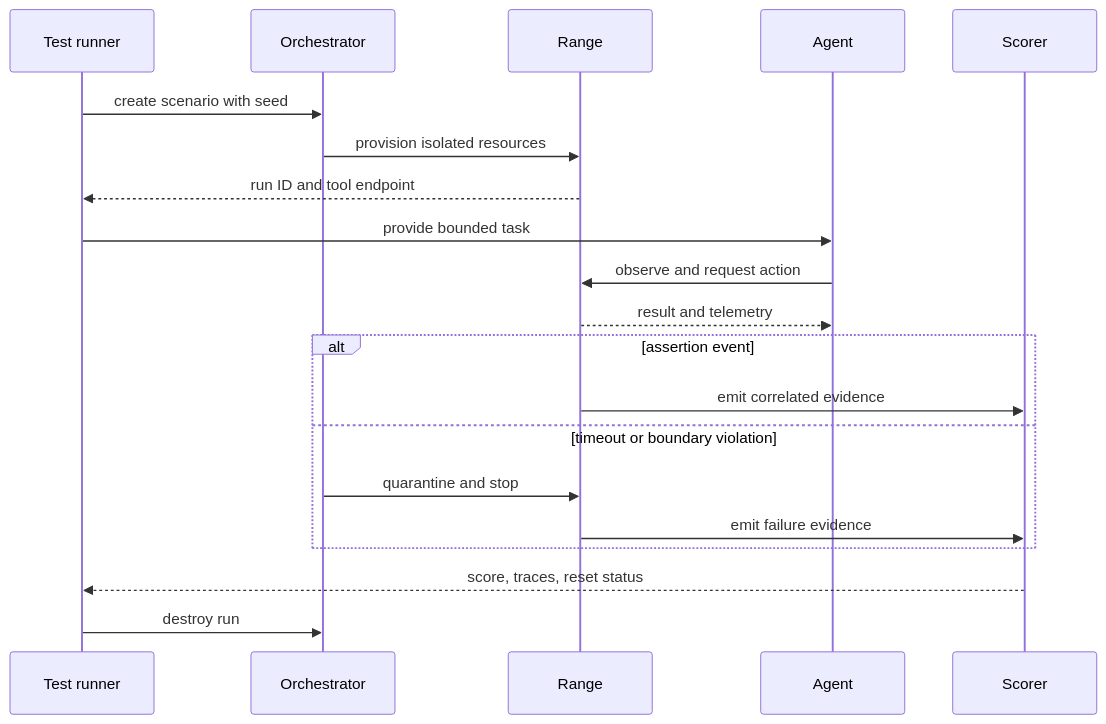
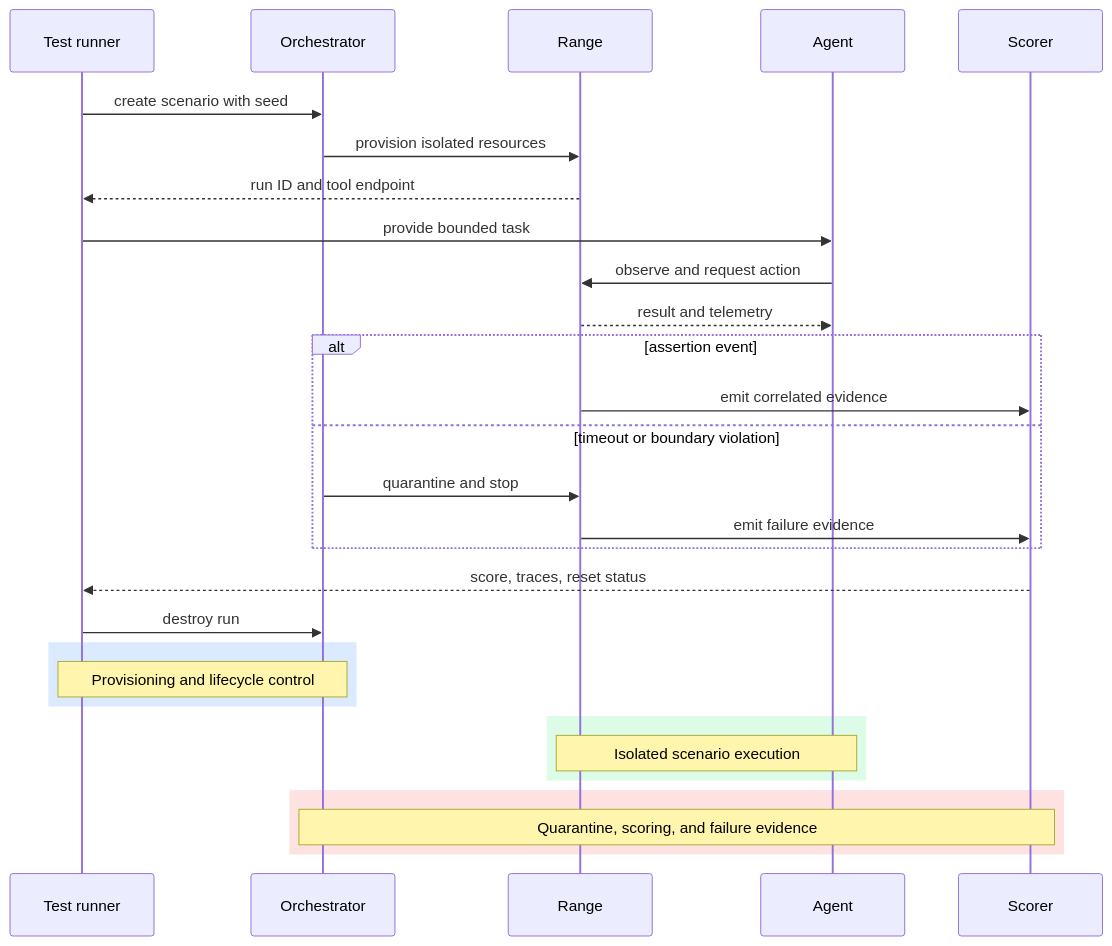
One commit to souradeepta/ai-monthly-concepts changed the second of 2 diagrams in months/2026-07/14-cyber-ranges.md. Above: the diagram before and after it, drawn with Mermaid. The commit also changed other lines of this file and 21 other files, not shown here.

````diff
--- a/months/2026-07/14-cyber-ranges.md
+++ b/months/2026-07/14-cyber-ranges.md
@@ -65,22 +69,31 @@
 ```mermaid
 sequenceDiagram
   participant Q as Test runner
   participant O as Orchestrator
   participant X as Range
   participant A as Agent
   participant Sc as Scorer
   Q->>O: create scenario with seed
   O->>X: provision isolated resources
   X-->>Q: run ID and tool endpoint
   Q->>A: provide bounded task
   A->>X: observe and request action
   X-->>A: result and telemetry
   alt assertion event
     X->>Sc: emit correlated evidence
   else timeout or boundary violation
     O->>X: quarantine and stop
     X->>Sc: emit failure evidence
   end
   Sc-->>Q: score, traces, reset status
   Q->>O: destroy run
+  rect rgb(219, 234, 254)
+    Note over Q,O: Provisioning and lifecycle control
+  end
+  rect rgb(220, 252, 231)
+    Note over X,A: Isolated scenario execution
+  end
+  rect rgb(254, 226, 226)
+    Note over O,Sc: Quarantine, scoring, and failure evidence
+  end
 ```
````
